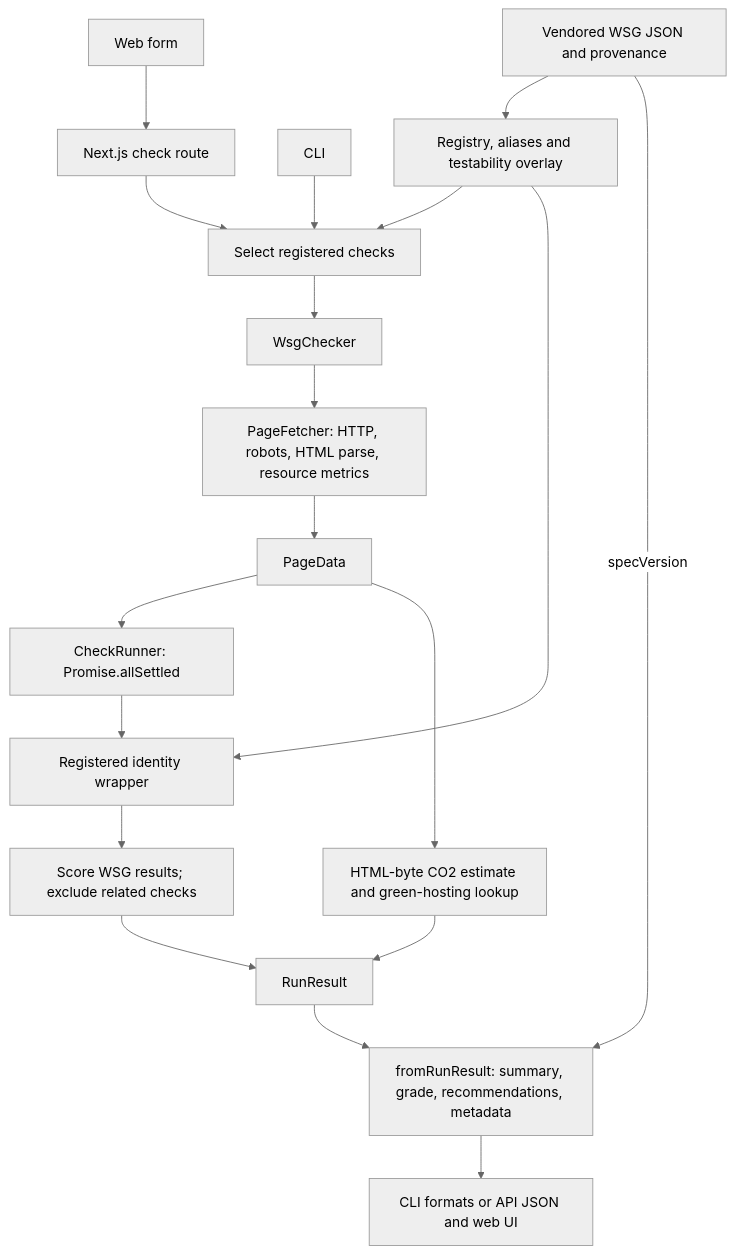
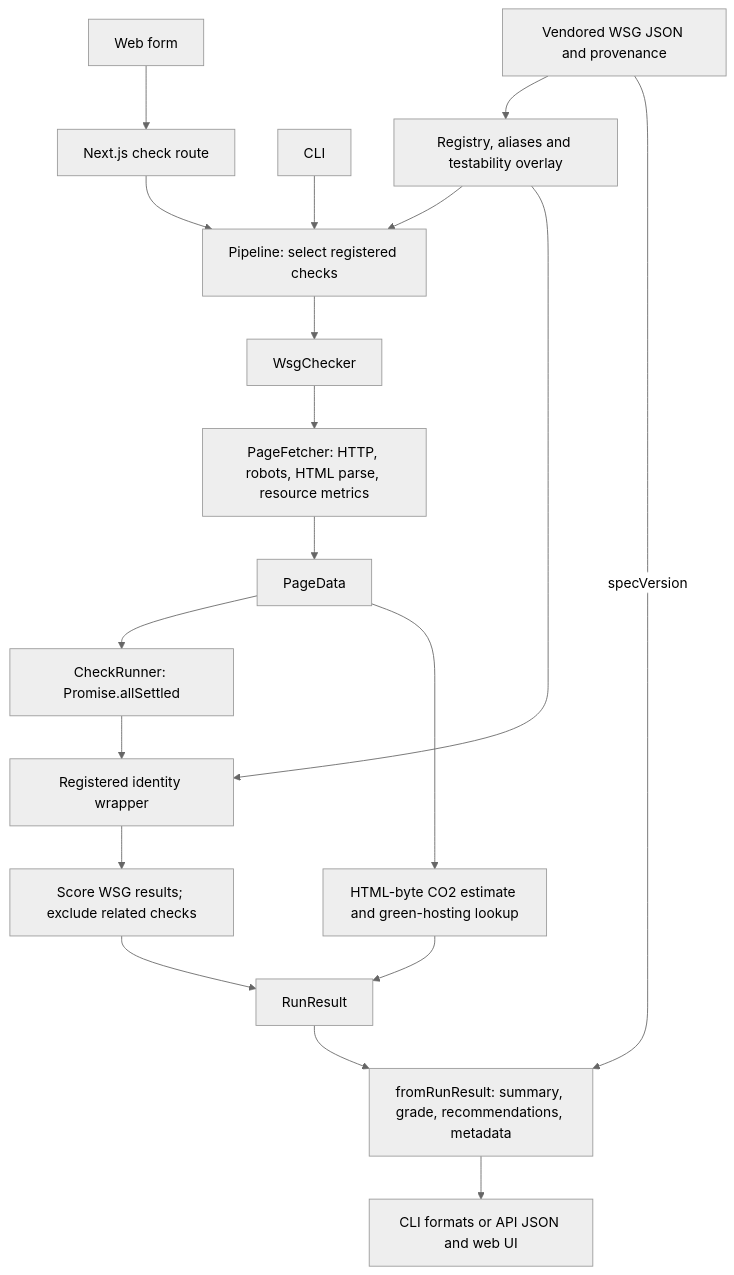
One commit to ivanoats/wsg-check changed the diagram in docs/architecture.md. Above: the diagram before and after it, drawn with Mermaid (neutral theme). The commit also changed other lines of this file and 26 other files, not shown here.

````diff
--- a/docs/architecture.md
+++ b/docs/architecture.md
@@ -25,21 +26,21 @@
 ```mermaid
 flowchart TD
     UI[Web form] --> API[Next.js check route]
-    CLI[CLI] --> SELECT[Select registered checks]
+    CLI[CLI] --> SELECT[Pipeline: select registered checks]
     API --> SELECT
     SPEC[Vendored WSG JSON and provenance] --> REG[Registry, aliases and testability overlay]
     REG --> SELECT
     REG --> ID[Registered identity wrapper]
     SELECT --> WSG[WsgChecker]
     WSG --> FETCH[PageFetcher: HTTP, robots, HTML parse, resource metrics]
     FETCH --> PAGE[PageData]
     PAGE --> RUN[CheckRunner: Promise.allSettled]
     RUN --> ID
     ID --> SCORE[Score WSG results; exclude related checks]
     PAGE --> CARBON[HTML-byte CO2 estimate and green-hosting lookup]
     SCORE --> RESULT[RunResult]
     CARBON --> RESULT
     RESULT --> REPORT[fromRunResult: summary, grade, recommendations, metadata]
     SPEC -->|specVersion| REPORT
     REPORT --> OUT[CLI formats or API JSON and web UI]
 ```
````
